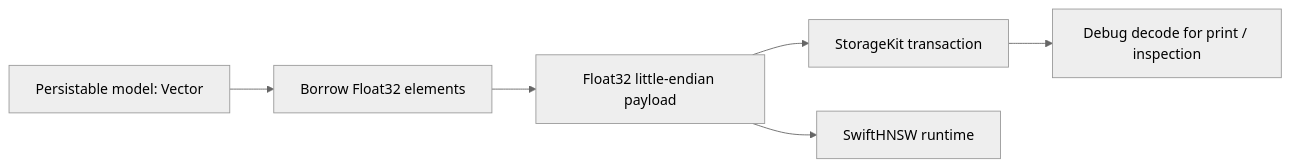
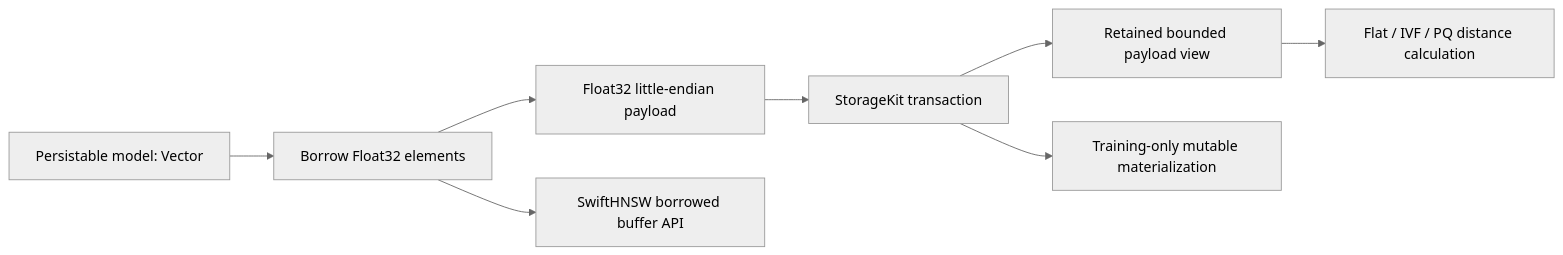
The diagram in docs/storage/vector-storage-and-hnsw.md (1amageek/database-framework), drawn with Mermaid (neutral theme) before and after one commit. The commit also changed other lines of this file and 34 other files, not shown here.

````diff
--- a/docs/storage/vector-storage-and-hnsw.md
+++ b/docs/storage/vector-storage-and-hnsw.md
@@ -9,8 +9,10 @@
 ```mermaid
 flowchart LR
     A["Persistable model: Vector"] --> B["Borrow Float32 elements"]
     B --> C["Float32 little-endian payload"]
     C --> D["StorageKit transaction"]
-    C --> E["SwiftHNSW runtime"]
-    D --> F["Debug decode for print / inspection"]
+    B --> E["SwiftHNSW borrowed buffer API"]
+    D --> F["Retained bounded payload view"]
+    F --> G["Flat / IVF / PQ distance calculation"]
+    D --> H["Training-only mutable materialization"]
 ```
````
